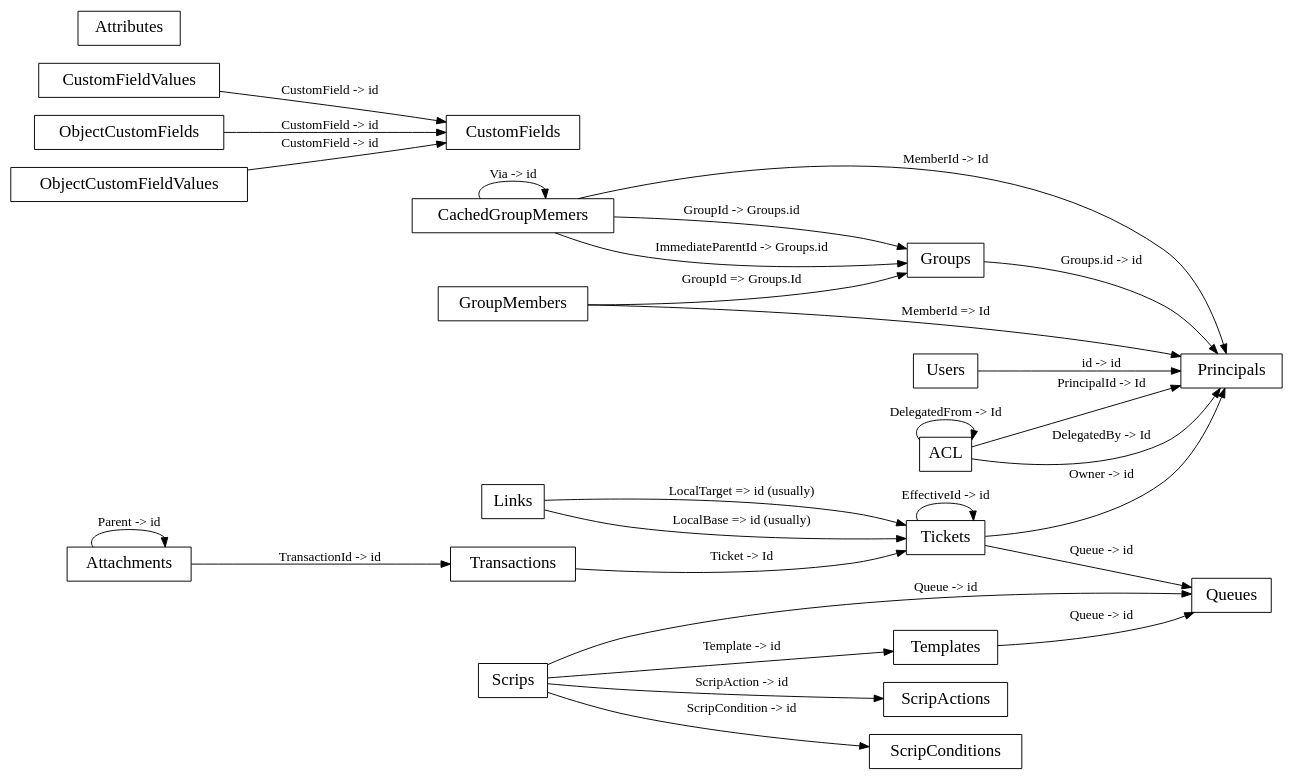
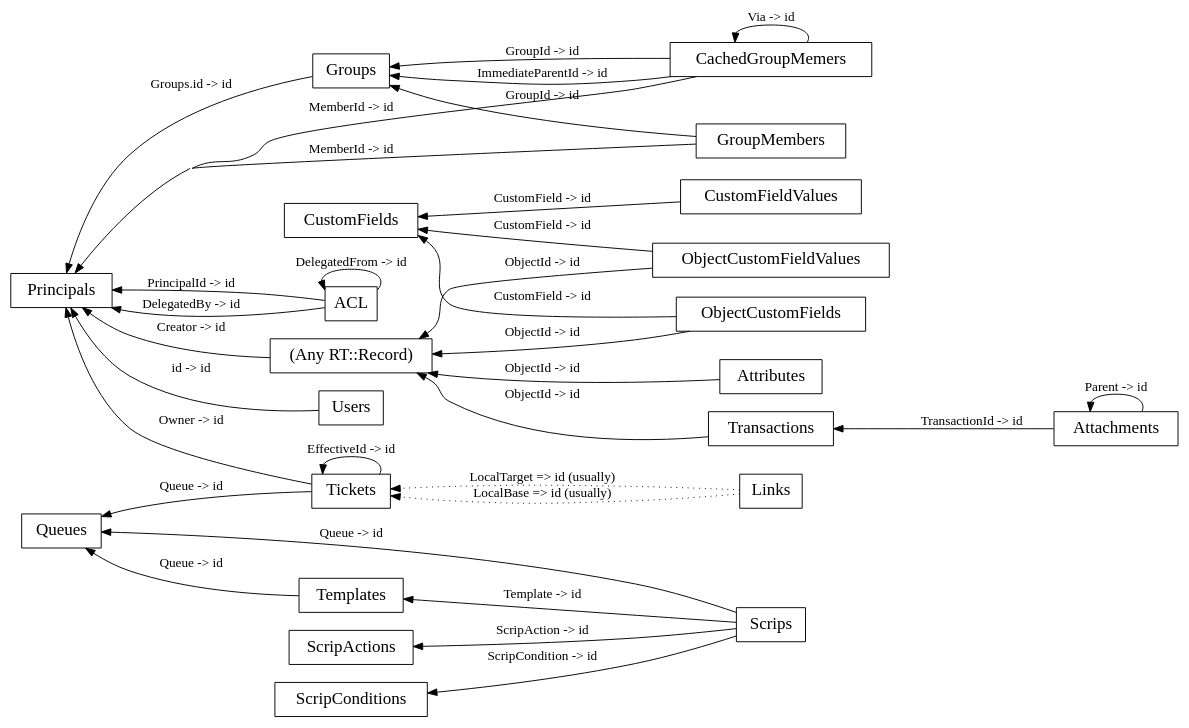
The diagram in docs/rt3-schema-relationships.dot (bestpractical/rt), drawn with Graphviz before and after one commit.

Commit message:
RT3.4 schema diagram corrected and updated.

```diff
--- a/docs/rt3-schema-relationships.dot
+++ b/docs/rt3-schema-relationships.dot
@@ -1,83 +1,89 @@
 digraph g {
 graph [
-rankdir = "LR",
-concentrate = true,
+rankdir = "RL",
+ concentrate = true,
 ratio = auto
 ];
 node [
 fontsize = "18",
 shape = record, fontsize = 18
 ];
 edge [
 ];
 
+"Records" [shape = record, fontsize = 18, label = "(Any RT::Record)" ];
+"Records" -> "Principals" [label = "Creator -> id"];
 "ACL" [shape = record, fontsize = 18, label = "<col0> \N " ];
-"ACL" -> "Principals" [label="PrincipalId -> Id"];
-"ACL" -> "Principals" [label="DelegatedBy -> Id"];
-"ACL" -> "ACL" [label="DelegatedFrom -> Id"];
+"ACL" -> "Principals" [label="PrincipalId -> id"];
+"ACL" -> "Principals" [label="DelegatedBy -> id"];
+"ACL" -> "ACL" [label="DelegatedFrom -> id"];
 
 "Attachments" [shape = record, fontsize = 18, label = "<col0> \N " ];
 "Attachments" -> "Transactions" [label="TransactionId -> id"];
 "Attachments" -> "Attachments" [label="Parent -> id"];
 
 "CachedGroupMemers" [shape = record, fontsize = 18, label = "<col0> \N " ];
-"CachedGroupMemers" -> "Groups" [label="GroupId -> Groups.id"];
-"CachedGroupMemers" -> "Principals" [label="MemberId -> Id"];
+"CachedGroupMemers" -> "Groups" [label="GroupId -> id", weight=2];
+"CachedGroupMemers" -> "Principals" [label="MemberId -> id"];
 "CachedGroupMemers" -> "CachedGroupMemers" [label="Via -> id"];
-"CachedGroupMemers" -> "Groups" [label="ImmediateParentId -> Groups.id"];
+"CachedGroupMemers" -> "Groups" [label="ImmediateParentId -> id"];
 
 "CustomFields" [shape = record, fontsize = 18, label = "<col0> \N " ];
 
 "CustomFieldValues" [shape = record, fontsize = 18, label = "<col0> \N " ];
 "CustomFieldValues" -> "CustomFields" [label="CustomField -> id"];
 
 "GroupMembers" [shape = record, fontsize = 18, label = "<col0> \N " ];
-"GroupMembers" -> "Groups" [label="GroupId => Groups.Id"];
-"GroupMembers" -> "Principals" [label="MemberId => Id"];
+"GroupMembers" -> "Groups" [label="GroupId -> id", weight=2];
+"GroupMembers" -> "Principals" [label="MemberId -> id", weight = 2];
 
 "Groups" [shape = record, fontsize = 18, label = "<col0> \N " ];
 "Groups" -> "Principals" [label="Groups.id -> id"];
 
 "Links" [shape = record, fontsize = 18, label = "<col0> \N " ];
-"Links" -> "Tickets" [label="LocalBase => id (usually)"];
-"Links" -> "Tickets" [label="LocalTarget => id (usually)"];
+"Links" -> "Tickets" [label="LocalBase => id (usually)", style="dotted"];
+"Links" -> "Tickets" [label="LocalTarget => id (usually)", style="dotted"];
 
 "Principals" [shape = record, fontsize = 18, label = "<col0> \N " ];
 
 "Attributes" [shape = record, fontsize = 18, label = "<col0> \N " ];
+"Attributes" -> "Records" [label="ObjectId -> id"];
 
 "Queues" [shape = record, fontsize = 18, label = "<col0> \N " ];
 
 "ScripActions" [shape = record, fontsize = 18, label = "<col0> \N " ];
 
 "ScripConditions" [shape = record, fontsize = 18, label = "<col0> \N " ];
 
 "Scrips" [shape = record, fontsize = 18, label = "<col0> \N " ];
 "Scrips" -> "ScripConditions" [label="ScripCondition -> id"];
 "Scrips" -> "ScripActions" [label="ScripAction -> id"];
 "Scrips" -> "Templates" [label="Template -> id"];
 "Scrips" -> "Queues" [label="Queue -> id"];
 
 "Templates" [shape = record, fontsize = 18, label = "<col0> \N " ];
 "Templates" -> "Queues" [label ="Queue -> id" ];
 
 "ObjectCustomFields" [shape = record, fontsize = 18, label = "<col0> \N " ];
 "ObjectCustomFields" -> "CustomFields" [label="CustomField -> id"];
+"ObjectCustomFields" -> "Records" [label="ObjectId -> id"];
 
 "ObjectCustomFieldValues" [shape = record, fontsize = 18, label = "<col0> \N " ];
 "ObjectCustomFieldValues" -> "CustomFields" [label="CustomField -> id"];
+"ObjectCustomFieldValues" -> "Records" [label="ObjectId -> id"];
 
 "Tickets" [shape = record, fontsize = 18, label = "<col0> \N " ];
 "Tickets" -> "Tickets" [label="EffectiveId -> id"];
+"Tickets" -> "Principals" [label="Owner -> id"];
+"Queues" -> "Tickets" [style="invis"];
 "Tickets" -> "Queues" [label="Queue -> id"];
-"Tickets" -> "Principals" [label="Owner -> id"];
 
 "Transactions" [shape = record, fontsize = 18, label = "<col0> \N " ];
-"Transactions" -> "Tickets" [label="Ticket -> Id"];
+"Transactions" -> "Records" [label="ObjectId -> id"];
 
 "Users" [shape = record, fontsize = 18, label = "<col0> \N " ];
 
 "Users" -> "Principals" [label="id -> id"];
 
 
 }
```
